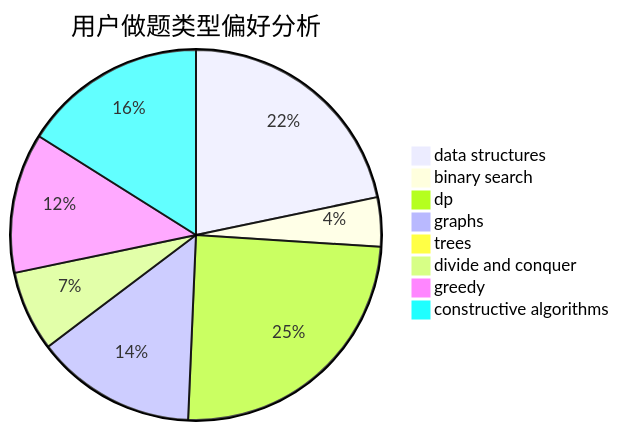
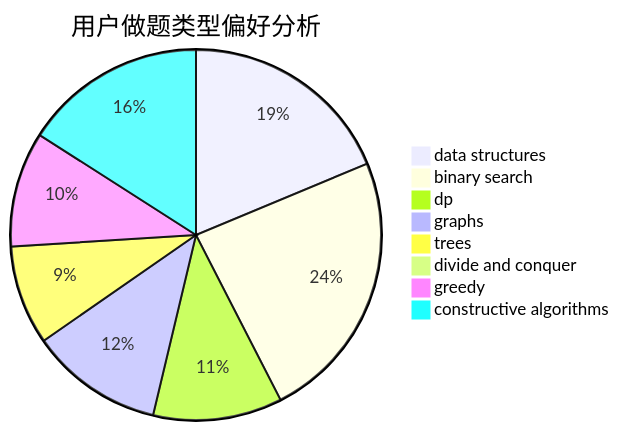
One commit to sherpahu/cfrs.github.io changed the second of 3 diagrams in docs/user/u624.md. Above: the diagram before and after it, drawn with Mermaid. The commit also changed other lines of this file and 2770 other files, not shown here.

````diff
--- a/docs/user/u624.md
+++ b/docs/user/u624.md
@@ -23,11 +23,11 @@
 ```mermaid
 pie title 用户做题类型偏好分析
-    "data structures" :  96
-    "binary search" :  19
-    "dp" :  109
-    "graphs" :  62
-    "trees" :  1
-    "divide and conquer" :  31
-    "greedy" :  54
-    "constructive algorithms" :  71
+    "data structures" :  108
+    "binary search" :  137
+    "dp" :  65
+    "graphs" :  67
+    "trees" :  50
+    "divide and conquer" :  0
+    "greedy" :  58
+    "constructive algorithms" :  92
 ```
````
